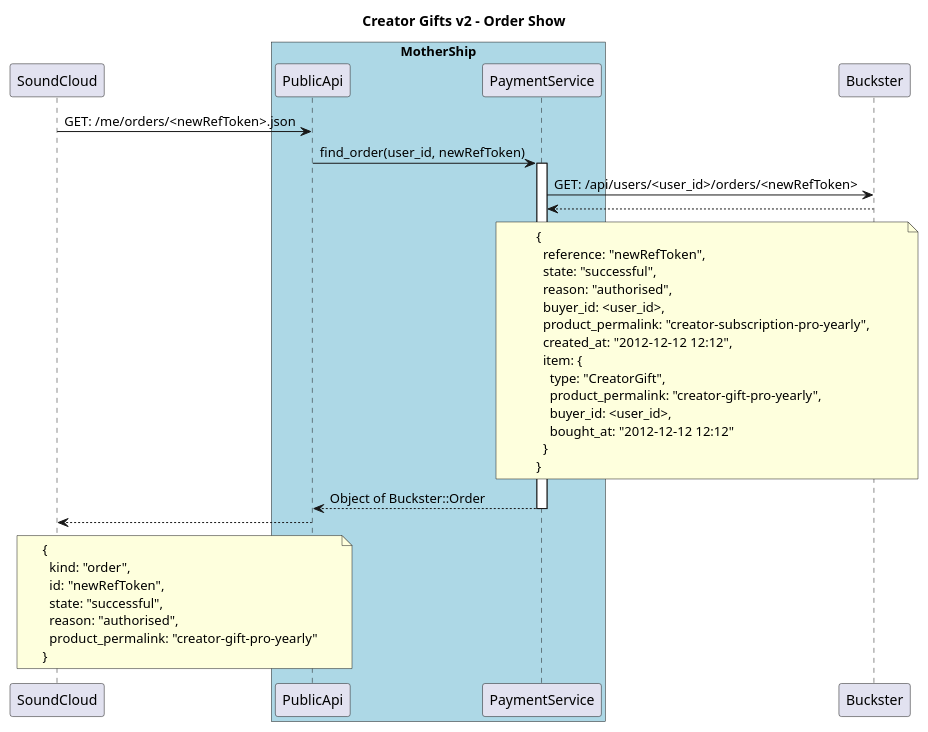
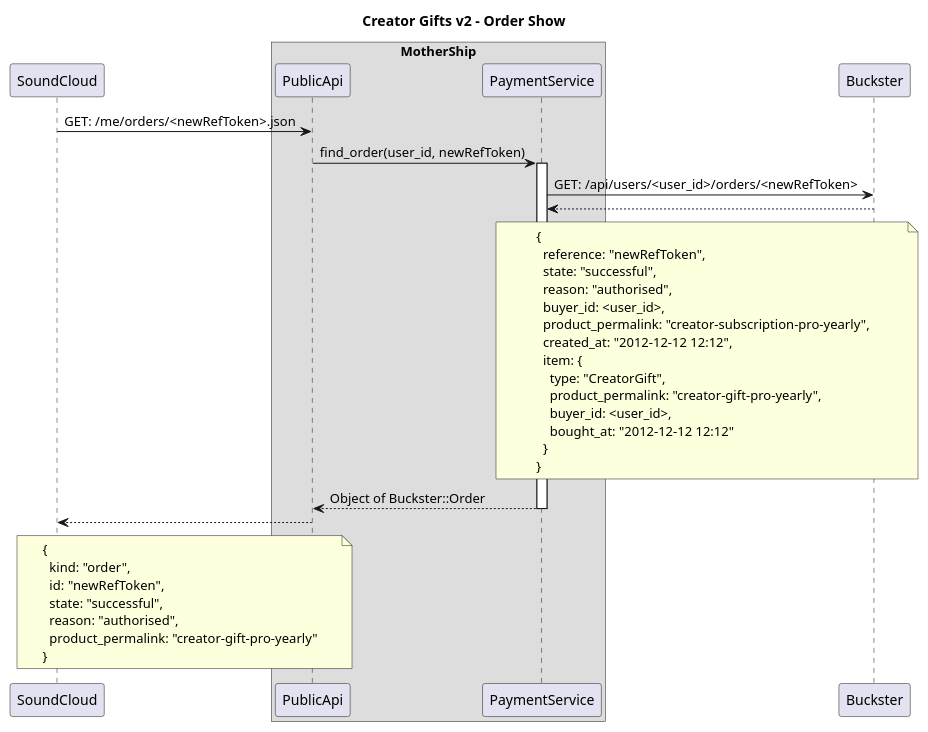
Before and after one commit to rngtng/vizard.io: the diagram in public/default.wsd, drawn with PlantUML. The commit also changed 10 other files, not shown here.

```diff
--- a/public/default.wsd
+++ b/public/default.wsd
@@ -1,45 +1,45 @@
 ' Example Diagram
 
 title Creator Gifts v2 - Order Show
 
 participant SoundCloud as C
-box "MotherShip" #LightBlue
+box "MotherShip"
   participant PublicApi as API
   participant PaymentService as PS
 end box
 participant Buckster as B
 
 C   -> API: GET: /me/orders/<newRefToken>.json
 API -> PS:  find_order(user_id, newRefToken)
 activate PS
 PS  ->  B:  GET: /api/users/<user_id>/orders/<newRefToken>
 B  -->  PS:
 note over PS,B
 {
   reference: "newRefToken",
   state: "successful",
   reason: "authorised",
   buyer_id: <user_id>,
   product_permalink: "creator-subscription-pro-yearly",
   created_at: "2012-12-12 12:12",
   item: {
     type: "CreatorGift",
     product_permalink: "creator-gift-pro-yearly",
     buyer_id: <user_id>,
     bought_at: "2012-12-12 12:12"
   }
 }
 end note
 
 PS  --> API: Object of Buckster::Order
 deactivate PS
 API -->  C:
 note over API,C
 {
   kind: "order",
   id: "newRefToken",
   state: "successful",
   reason: "authorised",
   product_permalink: "creator-gift-pro-yearly"
 }
 end note
```
